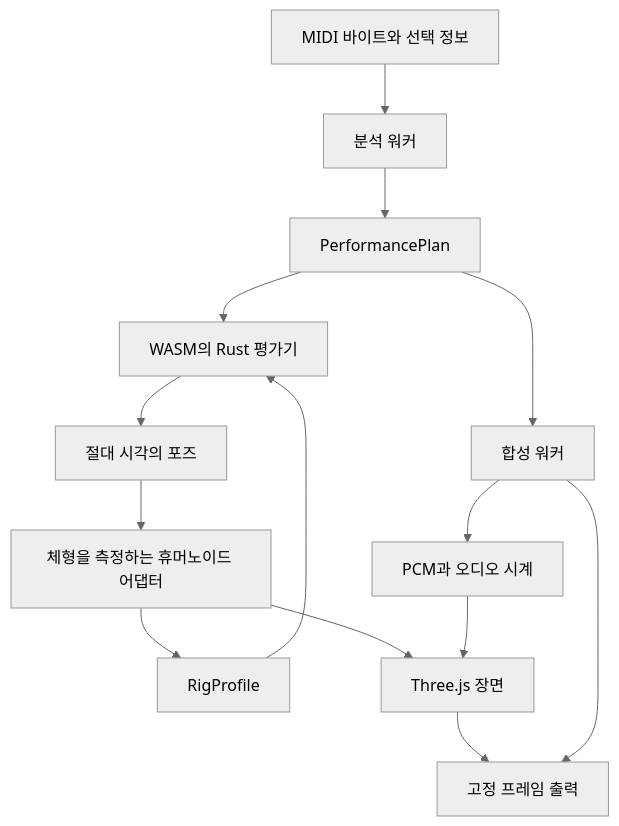
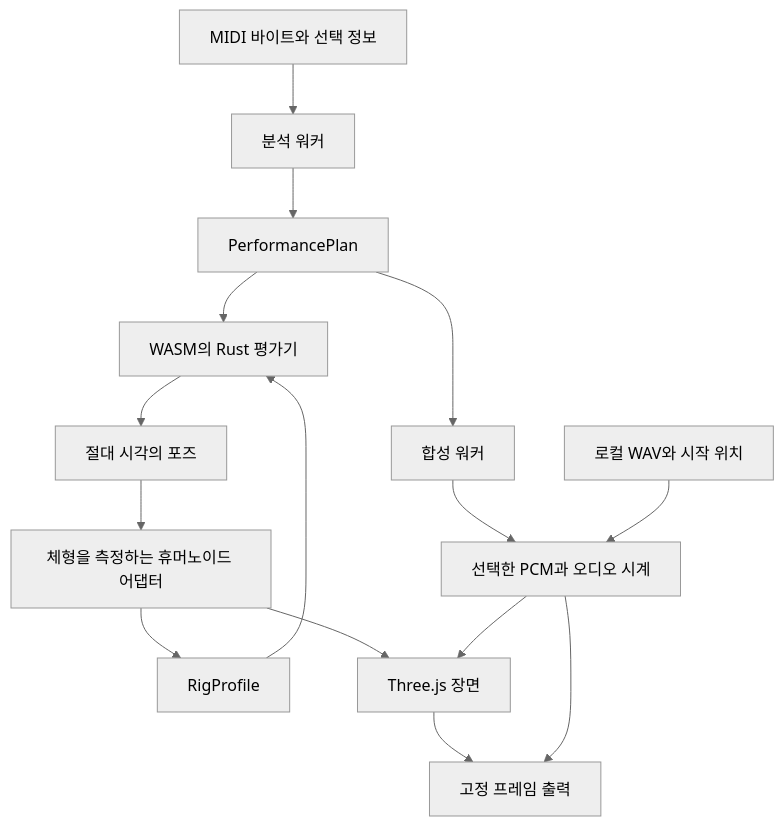
The diagram in specs/architecture/overview.ko.md (postmelee/drum-vrm), drawn with Mermaid (neutral theme) before and after one commit. The commit also changed other lines of this file and 68 other files, not shown here.

````diff
--- a/specs/architecture/overview.ko.md
+++ b/specs/architecture/overview.ko.md
@@ -12,16 +13,17 @@
 ```mermaid
 flowchart TB
   M[MIDI 바이트와 선택 정보] --> W[분석 워커]
   W --> P[PerformancePlan]
   A[체형을 측정하는 휴머노이드 어댑터] --> R[RigProfile]
   P --> E[WASM의 Rust 평가기]
   R --> E
   E --> B[절대 시각의 포즈]
   B --> A
   A --> S[Three.js 장면]
   P --> Y[합성 워커]
-  Y --> C[PCM과 오디오 시계]
+  Y --> C[선택한 PCM과 오디오 시계]
+  WAV[로컬 WAV와 시작 위치] --> C
   C --> S
   S --> X[고정 프레임 출력]
-  Y --> X
+  C --> X
 ```
````
